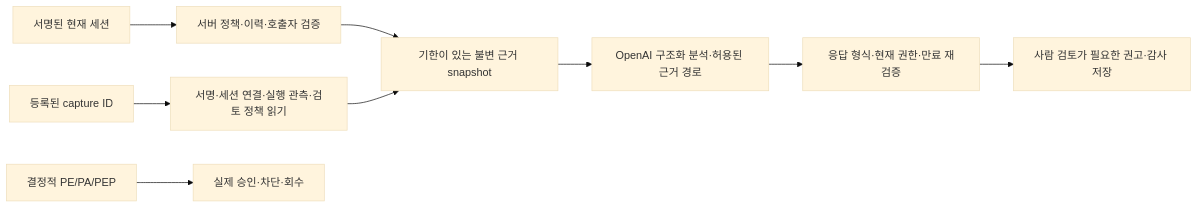
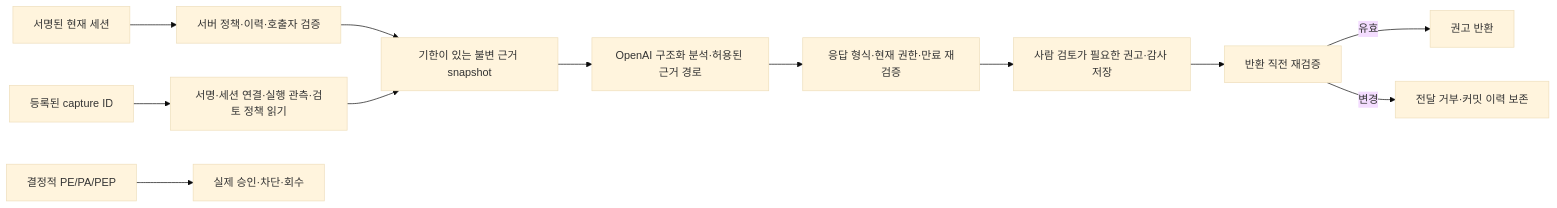
Before and after one commit to cheonan-asan-sta/zero-trust-llm-secops: the diagram in docs/llm-operation-evidence-20261117.md, drawn with Mermaid (base theme). The commit also changed other lines of this file and 23 other files, not shown here.

````diff
--- a/docs/llm-operation-evidence-20261117.md
+++ b/docs/llm-operation-evidence-20261117.md
@@ -24,11 +34,14 @@
 ```mermaid
 flowchart LR
     A[서명된 현재 세션] --> B[서버 정책·이력·호출자 검증]
     C[등록된 capture ID] --> D[서명·세션 연결·실행 관측·검토 정책 읽기]
     B --> E[기한이 있는 불변 근거 snapshot]
     D --> E
     E --> F[OpenAI 구조화 분석·허용된 근거 경로]
     F --> G[응답 형식·현재 권한·만료 재검증]
     G --> H[사람 검토가 필요한 권고·감사 저장]
+    H --> K[반환 직전 재검증]
+    K -->|유효| O[권고 반환]
+    K -->|변경| X[전달 거부·커밋 이력 보존]
     I[결정적 PE/PA/PEP] --> J[실제 승인·차단·회수]
 ```
````
